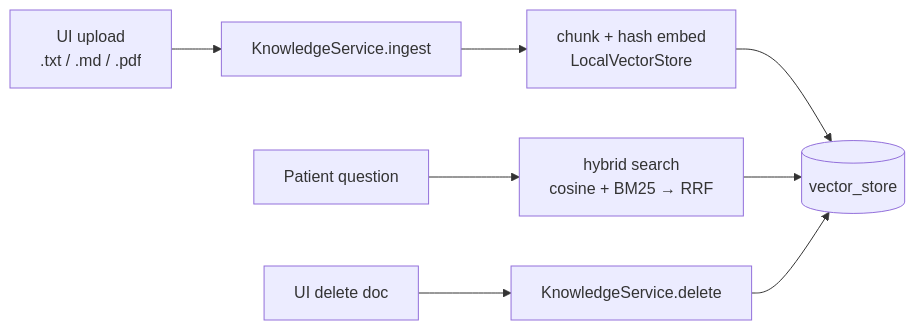
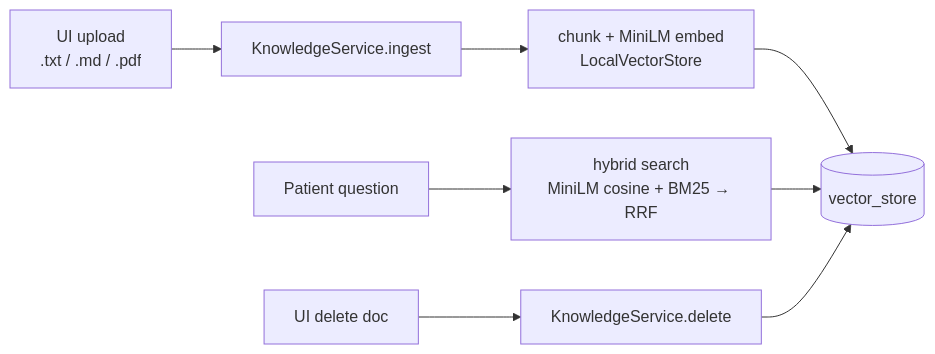
The fourth of 4 diagrams in ARCHITECTURE.md (jfernand196/tech-sphere-voice-agent), drawn with Mermaid before and after one commit. The commit also changed other lines of this file and 14 other files, not shown here.

First line of the commit message:
Replace hash RAG embeddings with multilingual MiniLM via fastembed.

````diff
--- a/ARCHITECTURE.md
+++ b/ARCHITECTURE.md
@@ -109,10 +109,10 @@
 ```mermaid
 flowchart LR
   Upload["UI upload<br/>.txt / .md / .pdf"] --> Ingest["KnowledgeService.ingest"]
-  Ingest --> Chunk["chunk + hash embed<br/>LocalVectorStore"]
+  Ingest --> Chunk["chunk + MiniLM embed<br/>LocalVectorStore"]
   Chunk --> Index[(vector_store)]
-  Ask["Patient question"] --> Hybrid["hybrid search<br/>cosine + BM25 → RRF"]
+  Ask["Patient question"] --> Hybrid["hybrid search<br/>MiniLM cosine + BM25 → RRF"]
   Hybrid --> Index
   Delete["UI delete doc"] --> Drop["KnowledgeService.delete"]
   Drop --> Index
 ```
````
